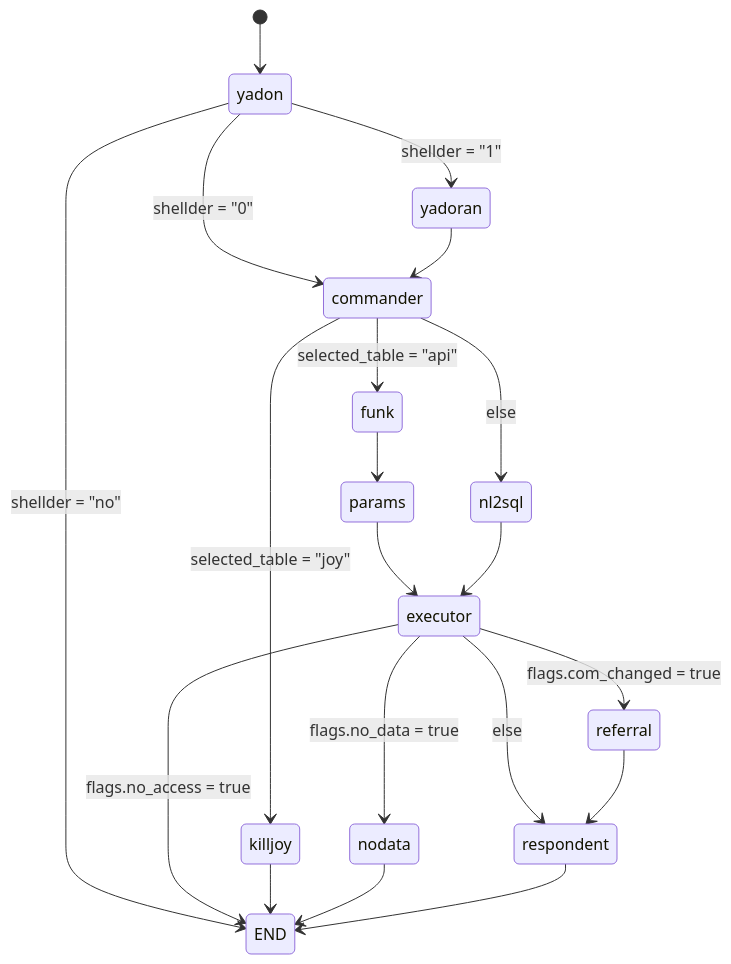
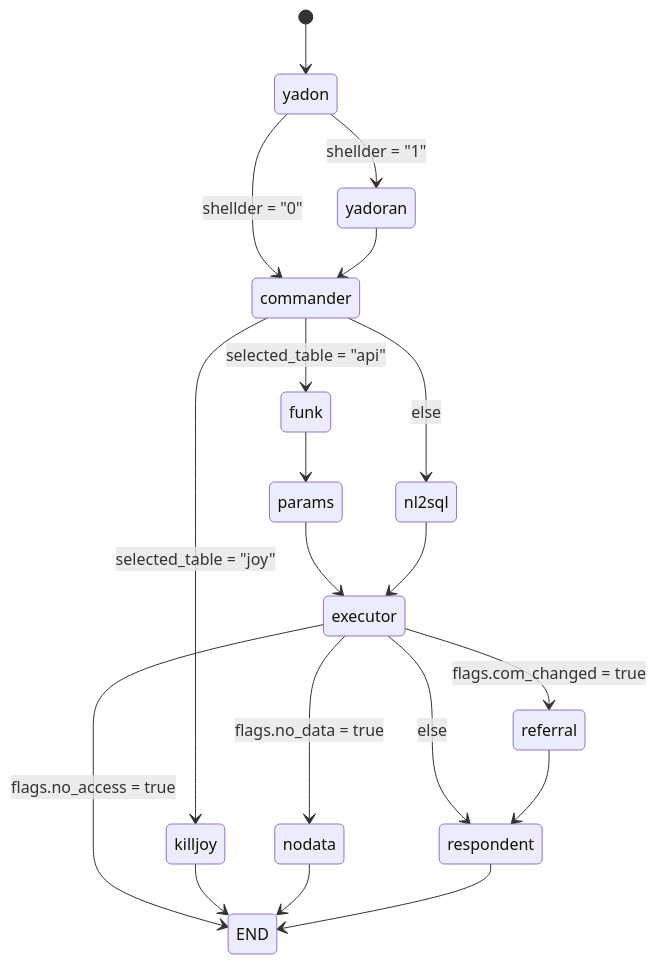
One commit to kangbw0420/QUVI changed the diagram in README.md. Above: the diagram before and after it, drawn with Mermaid.

Commit message:
model temperature update

````diff
--- a/README.md
+++ b/README.md
@@ -2,29 +2,28 @@
 ```mermaid
 stateDiagram-v2
     [*] --> yadon
     
-    yadon --> END: shellder = "no"
     yadon --> yadoran: shellder = "1"
     yadon --> commander: shellder = "0"
     
     yadoran --> commander
     
     commander --> funk: selected_table = "api"
     commander --> killjoy: selected_table = "joy"
     commander --> nl2sql: else
     
     funk --> params
     params --> executor
     
     nl2sql --> executor
     
     executor --> END: flags.no_access = true
     executor --> nodata: flags.no_data = true
     executor --> referral: flags.com_changed = true
     executor --> respondent: else
     
     killjoy --> END
     nodata --> END
     referral --> respondent
     respondent --> END
 ```
````
